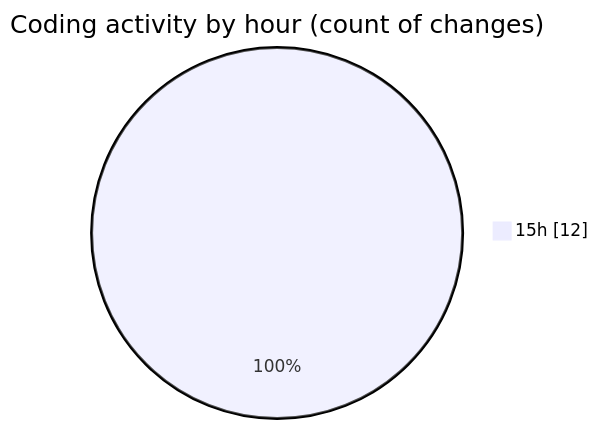
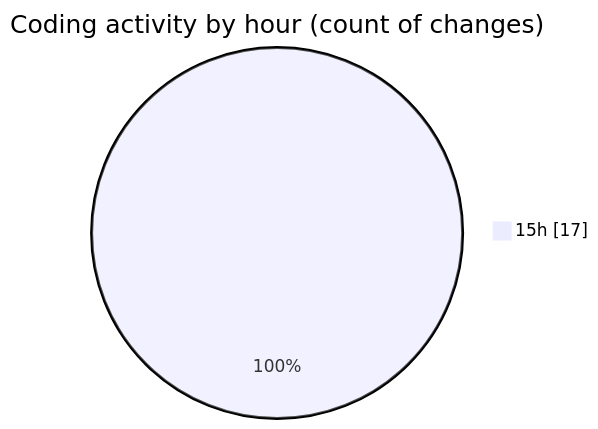
Before and after one commit to NitaiMahat/code-tracking: the second of 2 diagrams in 2025-01-26/results-summary-component-main/README.md, drawn with Mermaid. The commit also changed other lines of this file and 1 other file, not shown here.

````diff
--- a/2025-01-26/results-summary-component-main/README.md
+++ b/2025-01-26/results-summary-component-main/README.md
@@ -30,5 +30,5 @@
 ```mermaid
 pie showData
 title Coding activity by hour (count of changes)
-"15h" : 12
+"15h" : 17
 ```
````
